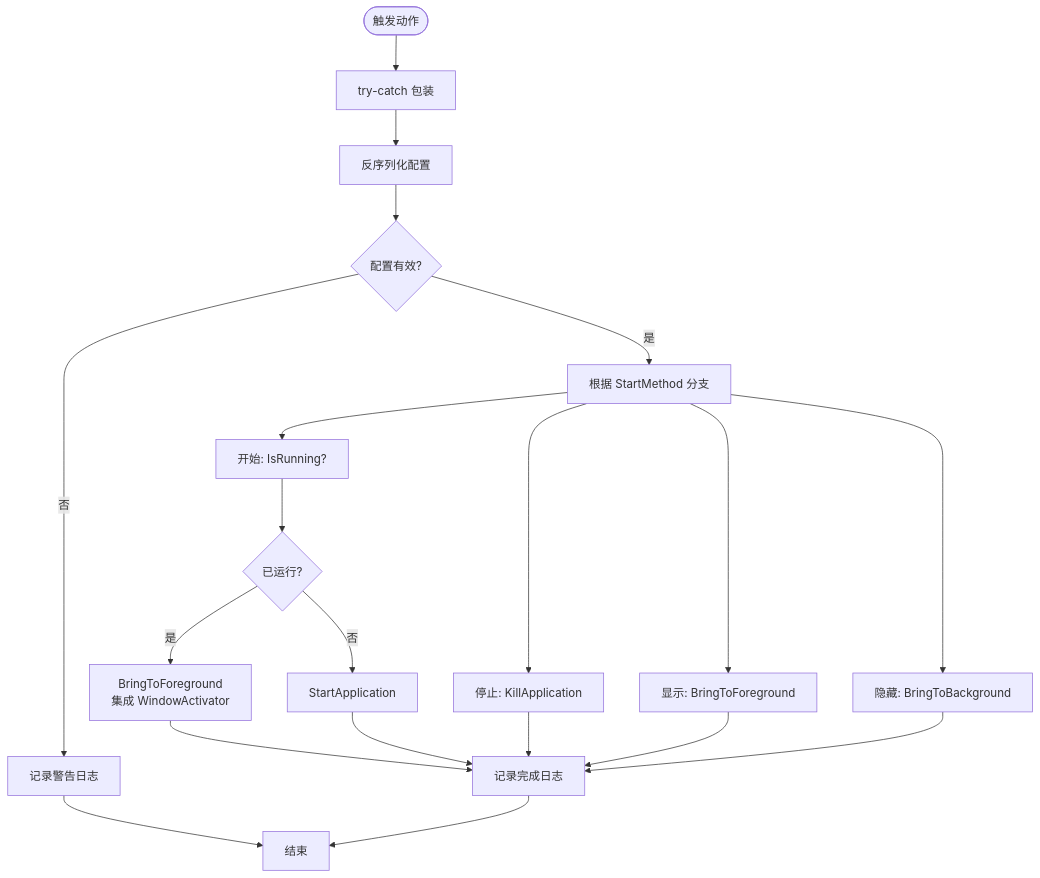
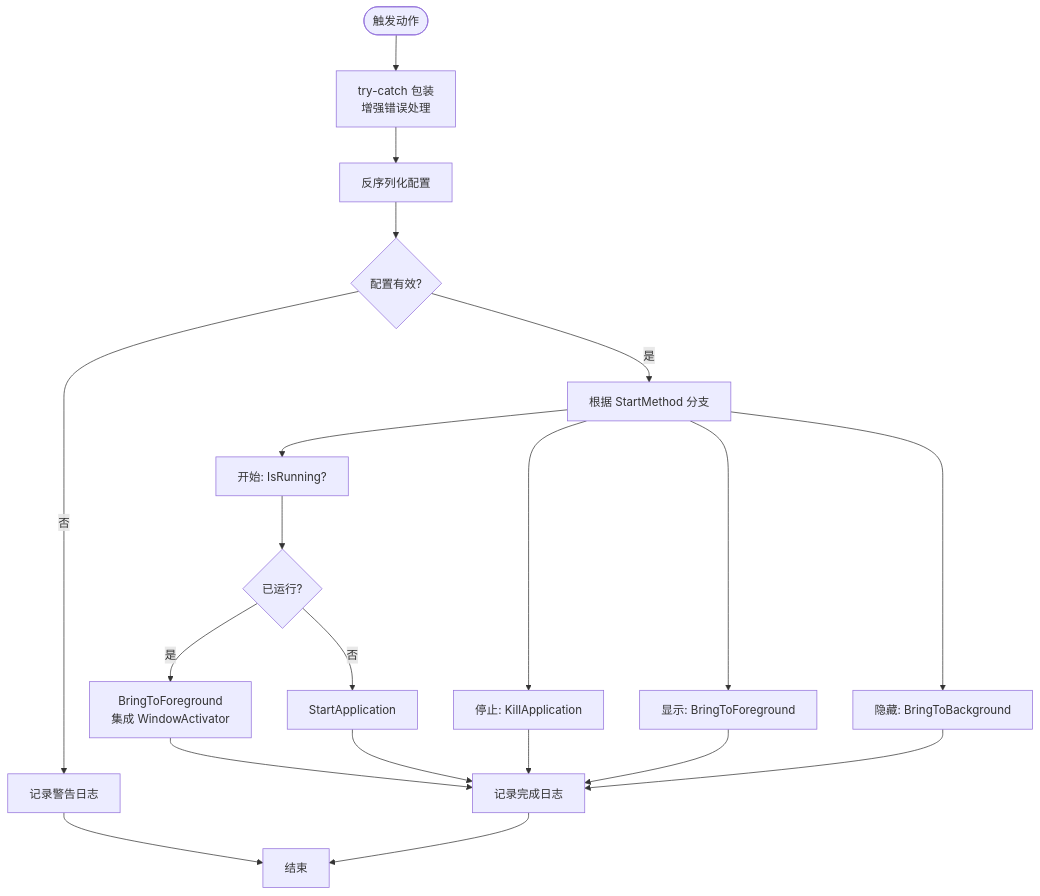
Before and after one commit to tea4go/Macro-Deck-Windows-Utils-Plugin: the third of 7 diagrams in .qoder/repowiki/zh/content/核心功能/应用程序管理.md, drawn with Mermaid. The commit also changed other lines of this file and 39 other files, not shown here.

````diff
--- a/.qoder/repowiki/zh/content/核心功能/应用程序管理.md
+++ b/.qoder/repowiki/zh/content/核心功能/应用程序管理.md
@@ -190,22 +193,22 @@
 ```mermaid
 flowchart TD
-Start(["触发动作"]) --> TryCatch["try-catch 包装"]
+Start(["触发动作"]) --> TryCatch["try-catch 包装<br/>增强错误处理"]
 TryCatch --> Deserialize["反序列化配置"]
 Deserialize --> HasCfg{"配置有效?"}
 HasCfg --> |否| LogWarn["记录警告日志"]
 LogWarn --> End["结束"]
 HasCfg --> |是| Switch["根据 StartMethod 分支"]
 Switch --> StartOp["开始: IsRunning?"]
 StartOp --> Running{"已运行?"}
 Running --> |是| Foreground["BringToForeground<br/>集成 WindowActivator"]
 Running --> |否| Launch["StartApplication"]
 Switch --> StopOp["停止: KillApplication"]
 Switch --> ShowOp["显示: BringToForeground"]
 Switch --> HideOp["隐藏: BringToBackground"]
 Foreground --> LogInfo["记录完成日志"]
 Launch --> LogInfo
 StopOp --> LogInfo
 ShowOp --> LogInfo
 HideOp --> LogInfo
 LogInfo --> End
 ```
````
